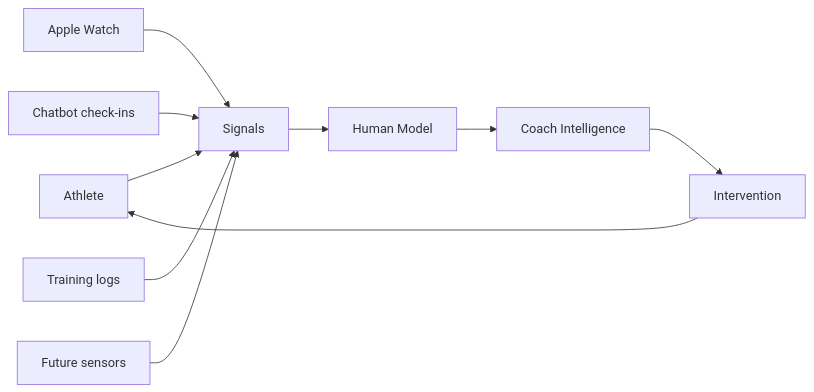
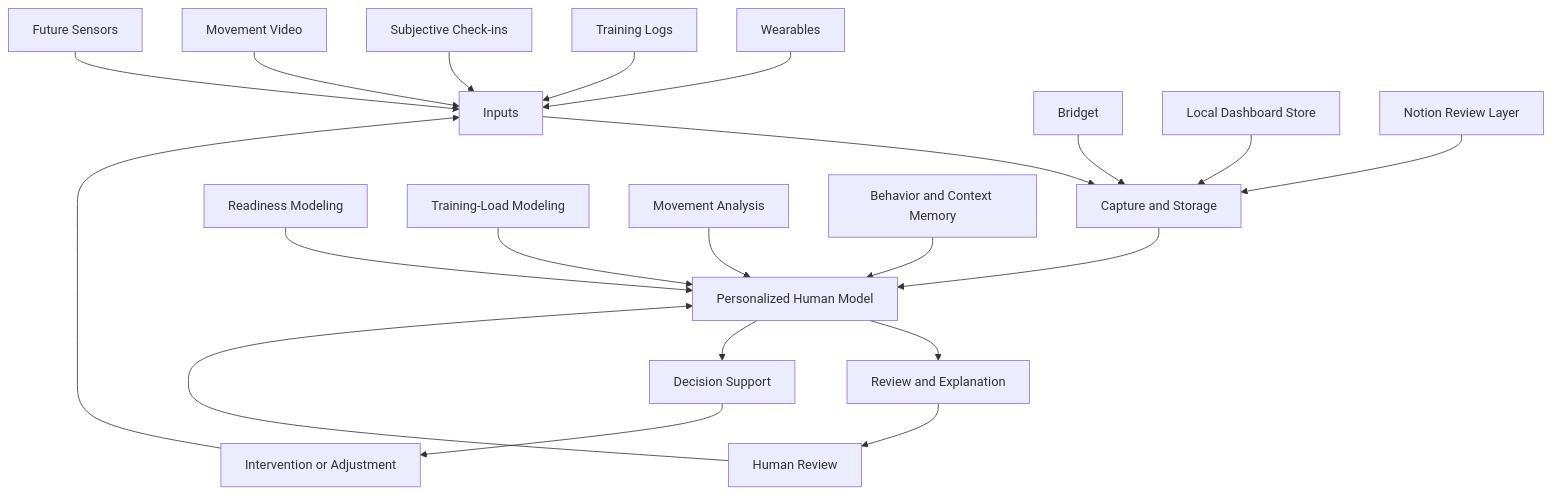
The diagram in README.md (haleyparks329/the-human-model), drawn with Mermaid before and after one commit. The commit also changed other lines of this file and 6 other files, not shown here.

````diff
--- a/README.md
+++ b/README.md
@@ -131,13 +66,26 @@
 ```mermaid
-flowchart LR
-    A[Athlete] --> B[Signals]
-    B --> C[Human Model]
-    C --> D[Coach Intelligence]
-    D --> E[Intervention]
-    E --> A
+flowchart TD
+    A[Inputs] --> B[Capture and Storage]
+    B --> C[Personalized Human Model]
+    C --> D[Review and Explanation]
+    C --> E[Decision Support]
+    D --> F[Human Review]
+    E --> G[Intervention or Adjustment]
+    F --> C
+    G --> A
 
-    B1[Apple Watch] --> B
-    B2[Chatbot check-ins] --> B
-    B3[Training logs] --> B
-    B4[Future sensors] --> B
+    A1[Wearables] --> A
+    A2[Training Logs] --> A
+    A3[Subjective Check-ins] --> A
+    A4[Movement Video] --> A
+    A5[Future Sensors] --> A
+
+    B1[Bridget] --> B
+    B2[Local Dashboard Store] --> B
+    B3[Notion Review Layer] --> B
+
+    C1[Readiness Modeling] --> C
+    C2[Training-Load Modeling] --> C
+    C3[Movement Analysis] --> C
+    C4[Behavior and Context Memory] --> C
 ```
````
